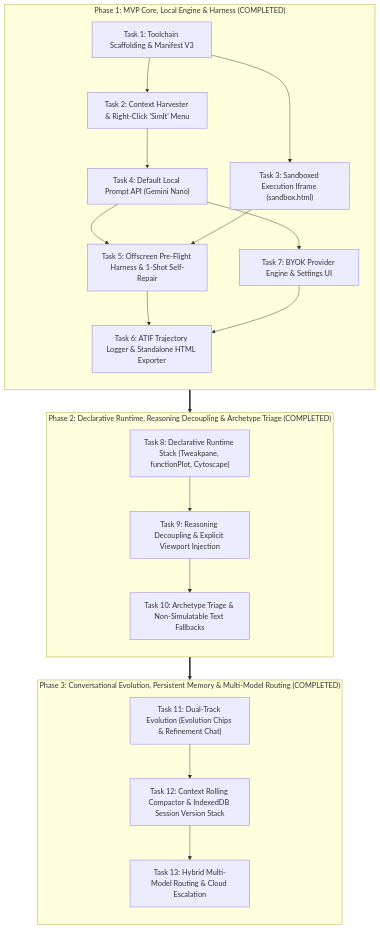
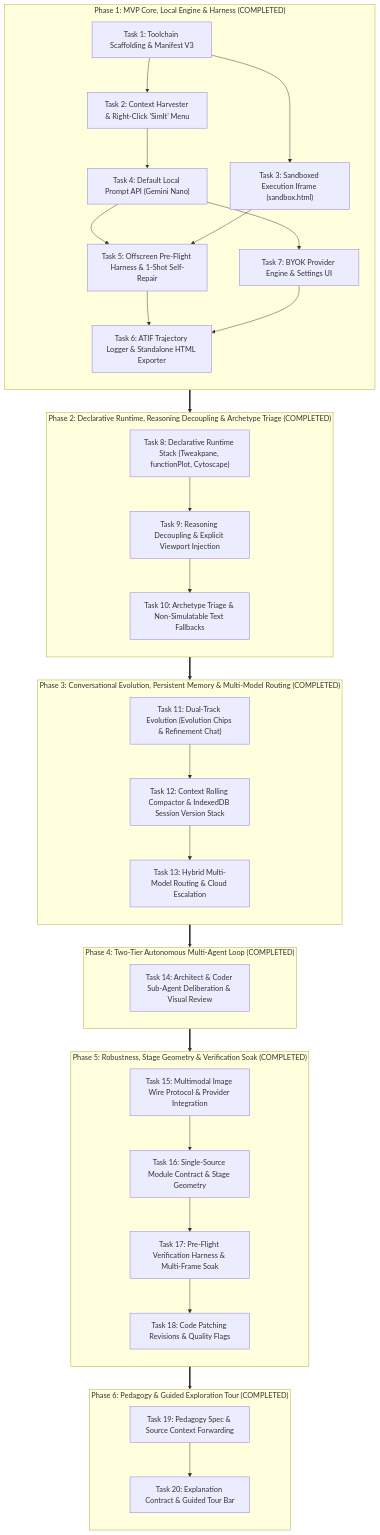
One commit to vmatrixdev/simit changed the diagram in docs/backlog/tasks.md. Above: the diagram before and after it, drawn with Mermaid. The commit also changed other lines of this file and 11 other files, not shown here.

````diff
--- a/docs/backlog/tasks.md
+++ b/docs/backlog/tasks.md
@@ -11,34 +11,55 @@
 ```mermaid
 flowchart TD
     subgraph P1["Phase 1: MVP Core, Local Engine & Harness (COMPLETED)"]
         direction TB
         T1["Task 1: Toolchain Scaffolding & Manifest V3"]
         T2["Task 2: Context Harvester & Right-Click 'SimIt' Menu"]
         T3["Task 3: Sandboxed Execution Iframe (sandbox.html)"]
         T4["Task 4: Default Local Prompt API (Gemini Nano)"]
         T5["Task 5: Offscreen Pre-Flight Harness & 1-Shot Self-Repair"]
         T6["Task 6: ATIF Trajectory Logger & Standalone HTML Exporter"]
         T7["Task 7: BYOK Provider Engine & Settings UI"]
         T1 --> T2 --> T4 --> T5 --> T6
         T1 --> T3 --> T5
         T4 --> T7 --> T6
     end
 
     subgraph P2["Phase 2: Declarative Runtime, Reasoning Decoupling & Archetype Triage (COMPLETED)"]
         direction TB
         T8["Task 8: Declarative Runtime Stack (Tweakpane, functionPlot, Cytoscape)"]
         T9["Task 9: Reasoning Decoupling & Explicit Viewport Injection"]
         T10["Task 10: Archetype Triage & Non-Simulatable Text Fallbacks"]
         T8 --> T9 --> T10
     end
 
     subgraph P3["Phase 3: Conversational Evolution, Persistent Memory & Multi-Model Routing (COMPLETED)"]
         direction TB
         T11["Task 11: Dual-Track Evolution (Evolution Chips & Refinement Chat)"]
         T12["Task 12: Context Rolling Compactor & IndexedDB Session Version Stack"]
         T13["Task 13: Hybrid Multi-Model Routing & Cloud Escalation"]
         T11 --> T12 --> T13
     end
 
-    P1 ==> P2 ==> P3
+    subgraph P4["Phase 4: Two-Tier Autonomous Multi-Agent Loop (COMPLETED)"]
+        direction TB
+        T14["Task 14: Architect & Coder Sub-Agent Deliberation & Visual Review"]
+    end
+
+    subgraph P5["Phase 5: Robustness, Stage Geometry & Verification Soak (COMPLETED)"]
+        direction TB
+        T15["Task 15: Multimodal Image Wire Protocol & Provider Integration"]
+        T16["Task 16: Single-Source Module Contract & Stage Geometry"]
+        T17["Task 17: Pre-Flight Verification Harness & Multi-Frame Soak"]
+        T18["Task 18: Code Patching Revisions & Quality Flags"]
+        T15 --> T16 --> T17 --> T18
+    end
+
+    subgraph P6["Phase 6: Pedagogy & Guided Exploration Tour (COMPLETED)"]
+        direction TB
+        T19["Task 19: Pedagogy Spec & Source Context Forwarding"]
+        T20["Task 20: Explanation Contract & Guided Tour Bar"]
+        T19 --> T20
+    end
+
+    P1 ==> P2 ==> P3 ==> P4 ==> P5 ==> P6
 ```
````
